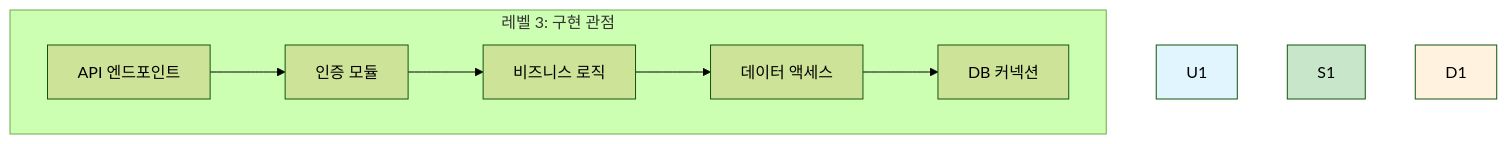
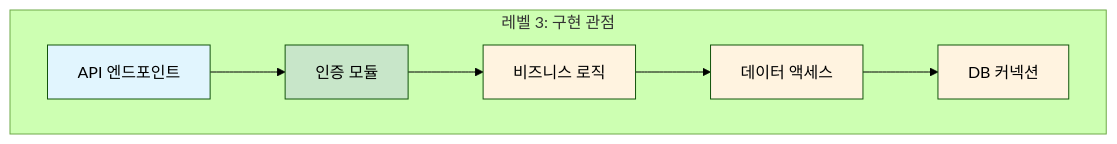
Before and after one commit to niceguy61/kdt_devops_lecture_2025: the third of 5 diagrams in theory/december/make_diagram/lecture/02_complexity_management.md, drawn with Mermaid (forest theme).

````diff
--- a/theory/december/make_diagram/lecture/02_complexity_management.md
+++ b/theory/december/make_diagram/lecture/02_complexity_management.md
@@ -88,13 +88,15 @@
 ```mermaid
 graph TB
     subgraph "레벨 3: 구현 관점"
         API3[API 엔드포인트] --> AUTH[인증 모듈]
         AUTH --> BL[비즈니스 로직]
         BL --> DAL[데이터 액세스]
         DAL --> DB3[DB 커넥션]
     end
     
-    style U1 fill:#e1f5fe
-    style S1 fill:#c8e6c9
-    style D1 fill:#fff3e0
+    style API3 fill:#e1f5fe
+    style AUTH fill:#c8e6c9
+    style BL fill:#fff3e0
+    style DAL fill:#fff3e0
+    style DB3 fill:#fff3e0
 ```
````
